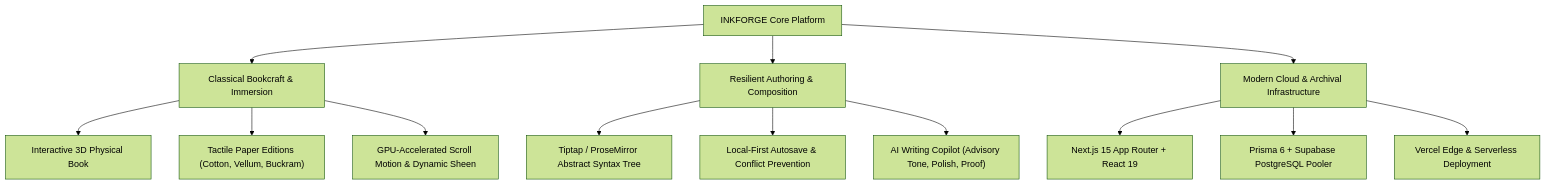
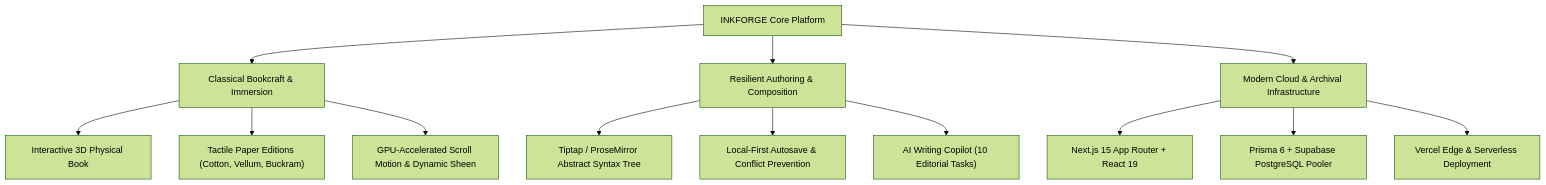
Before and after one commit to SarveshS1407/inkforge: the diagram in docs/README.md, drawn with Mermaid (forest theme). The commit also changed other lines of this file and 3 other files, not shown here.

````diff
--- a/docs/README.md
+++ b/docs/README.md
@@ -28,18 +31,18 @@
 ```mermaid
 graph TD
     A["INKFORGE Core Platform"] --> B["Classical Bookcraft & Immersion"]
     A --> C["Resilient Authoring & Composition"]
     A --> D["Modern Cloud & Archival Infrastructure"]
 
     B --> B1["Interactive 3D Physical Book"]
     B --> B2["Tactile Paper Editions (Cotton, Vellum, Buckram)"]
     B --> B3["GPU-Accelerated Scroll Motion & Dynamic Sheen"]
 
     C --> C1["Tiptap / ProseMirror Abstract Syntax Tree"]
     C --> C2["Local-First Autosave & Conflict Prevention"]
-    C --> C3["AI Writing Copilot (Advisory Tone, Polish, Proof)"]
+    C --> C3["AI Writing Copilot (10 Editorial Tasks)"]
 
     D --> D1["Next.js 15 App Router + React 19"]
     D --> D2["Prisma 6 + Supabase PostgreSQL Pooler"]
     D --> D3["Vercel Edge & Serverless Deployment"]
 ```
````
